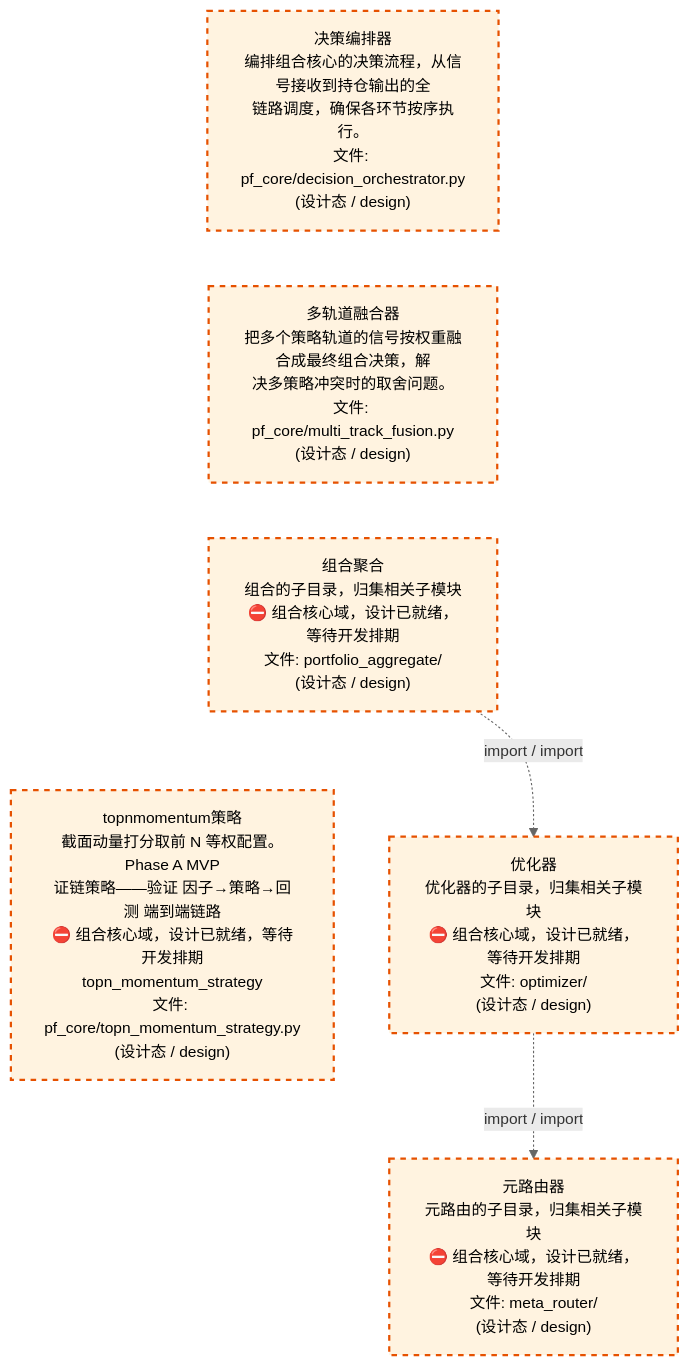
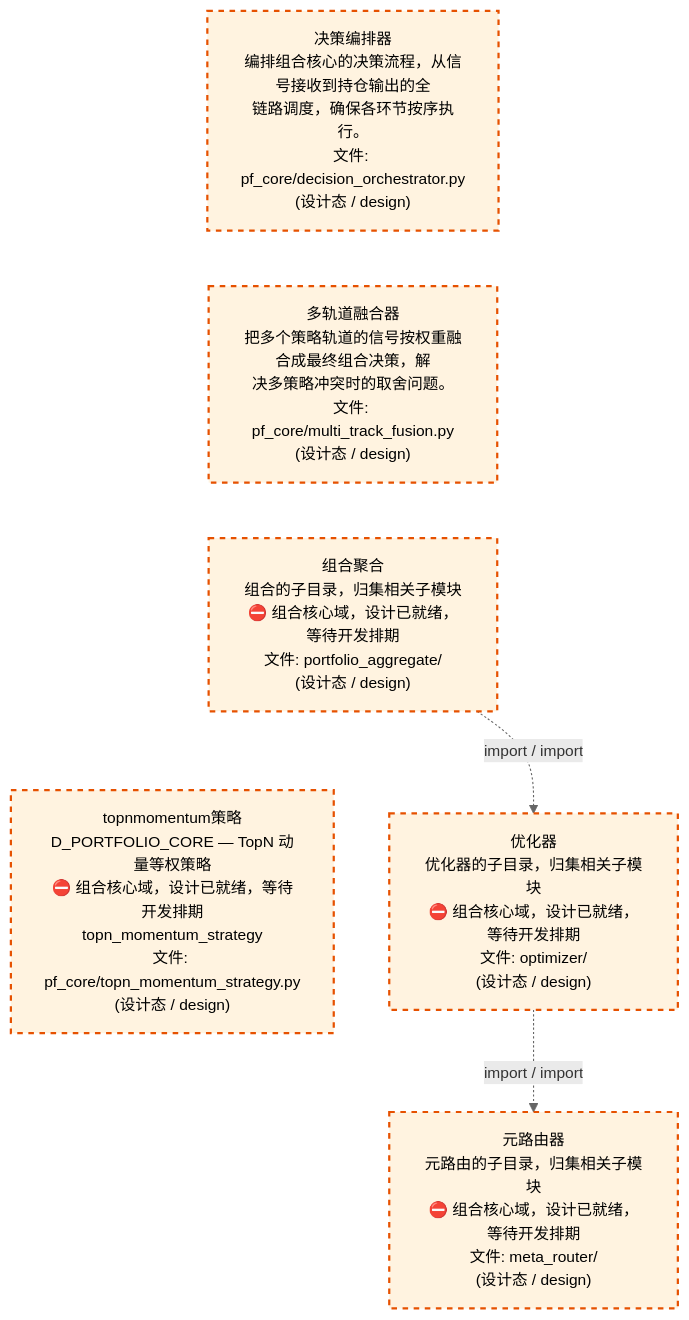
The third of 4 diagrams in docs/02_enterprise_architecture/02_domain_architecture_docs/63_d_pf_core.md (xuanFelixVan/ZephyrAlpha), drawn with Mermaid before and after one commit. The commit also changed other lines of this file and 45 other files, not shown here.

````diff
--- a/docs/02_enterprise_architecture/02_domain_architecture_docs/63_d_pf_core.md
+++ b/docs/02_enterprise_architecture/02_domain_architecture_docs/63_d_pf_core.md
@@ -180,20 +180,20 @@
 ```mermaid
 %%{init: {'theme': 'base', 'themeVariables': {'primaryColor': '#eaeaea', 'primaryTextColor': '#333333', 'primaryBorderColor': '#666666', 'lineColor': '#666666', 'secondaryColor': '#eaeaea', 'tertiaryColor': '#eaeaea', 'fontSize': '14px'}}}%%
 flowchart TD
     src_zephyr_pf_core_decision_orchestrator_py["决策编排器<br/>编排组合核心的决策流程，从信号接收到持仓输出的全<br/>链路调度，确保各环节按序执行。<br/>文件: pf_core/decision_orchestrator.py<br/>(设计态 / design)"]
     src_zephyr_pf_core_multi_track_fusion_py["多轨道融合器<br/>把多个策略轨道的信号按权重融合成最终组合决策，解<br/>决多策略冲突时的取舍问题。<br/>文件: pf_core/multi_track_fusion.py<br/>(设计态 / design)"]
     src_zephyr_pf_core_portfolio_aggregate["组合聚合<br/>组合的子目录，归集相关子模块<br/>⛔ 组合核心域，设计已就绪，等待开发排期<br/>文件: portfolio_aggregate/<br/>(设计态 / design)"]
-    src_zephyr_pf_core_topn_momentum_strategy_py["topnmomentum策略<br/>截面动量打分取前 N 等权配置。Phase A MVP<br/>证链策略——验证 因子→策略→回测 端到端链路<br/>⛔ 组合核心域，设计已就绪，等待开发排期<br/>topn_momentum_strategy<br/>文件: pf_core/topn_momentum_strategy.py<br/>(设计态 / design)"]
+    src_zephyr_pf_core_topn_momentum_strategy_py["topnmomentum策略<br/>D_PORTFOLIO_CORE — TopN 动量等权策略<br/>⛔ 组合核心域，设计已就绪，等待开发排期<br/>topn_momentum_strategy<br/>文件: pf_core/topn_momentum_strategy.py<br/>(设计态 / design)"]
     src_zephyr_pf_core_decision_orchestrator_py ~~~ src_zephyr_pf_core_multi_track_fusion_py
     src_zephyr_pf_core_multi_track_fusion_py ~~~ src_zephyr_pf_core_portfolio_aggregate
     src_zephyr_pf_core_portfolio_aggregate ~~~ src_zephyr_pf_core_topn_momentum_strategy_py
     src_zephyr_pf_core_optimizer["优化器<br/>优化器的子目录，归集相关子模块<br/>⛔ 组合核心域，设计已就绪，等待开发排期<br/>文件: optimizer/<br/>(设计态 / design)"]
     src_zephyr_pf_core_meta_router["元路由器<br/>元路由的子目录，归集相关子模块<br/>⛔ 组合核心域，设计已就绪，等待开发排期<br/>文件: meta_router/<br/>(设计态 / design)"]
     src_zephyr_pf_core_optimizer -.->|import / import| src_zephyr_pf_core_meta_router
     src_zephyr_pf_core_portfolio_aggregate -.->|import / import| src_zephyr_pf_core_optimizer
     classDef production fill:#e1f5fe,stroke:#01579b,stroke-width:2px,color:#000
     classDef design fill:#fff3e0,stroke:#e65100,stroke-width:2px,color:#000,stroke-dasharray: 5 5
     classDef external_prod fill:#e8f4fd,stroke:#0277bd,stroke-width:1px,color:#000
     classDef external_design fill:#fff8e7,stroke:#ef6c00,stroke-width:1px,color:#000,stroke-dasharray: 5 5
     class src_zephyr_pf_core_decision_orchestrator_py,src_zephyr_pf_core_meta_router,src_zephyr_pf_core_multi_track_fusion_py,src_zephyr_pf_core_optimizer,src_zephyr_pf_core_portfolio_aggregate,src_zephyr_pf_core_topn_momentum_strategy_py design
 ```
````
